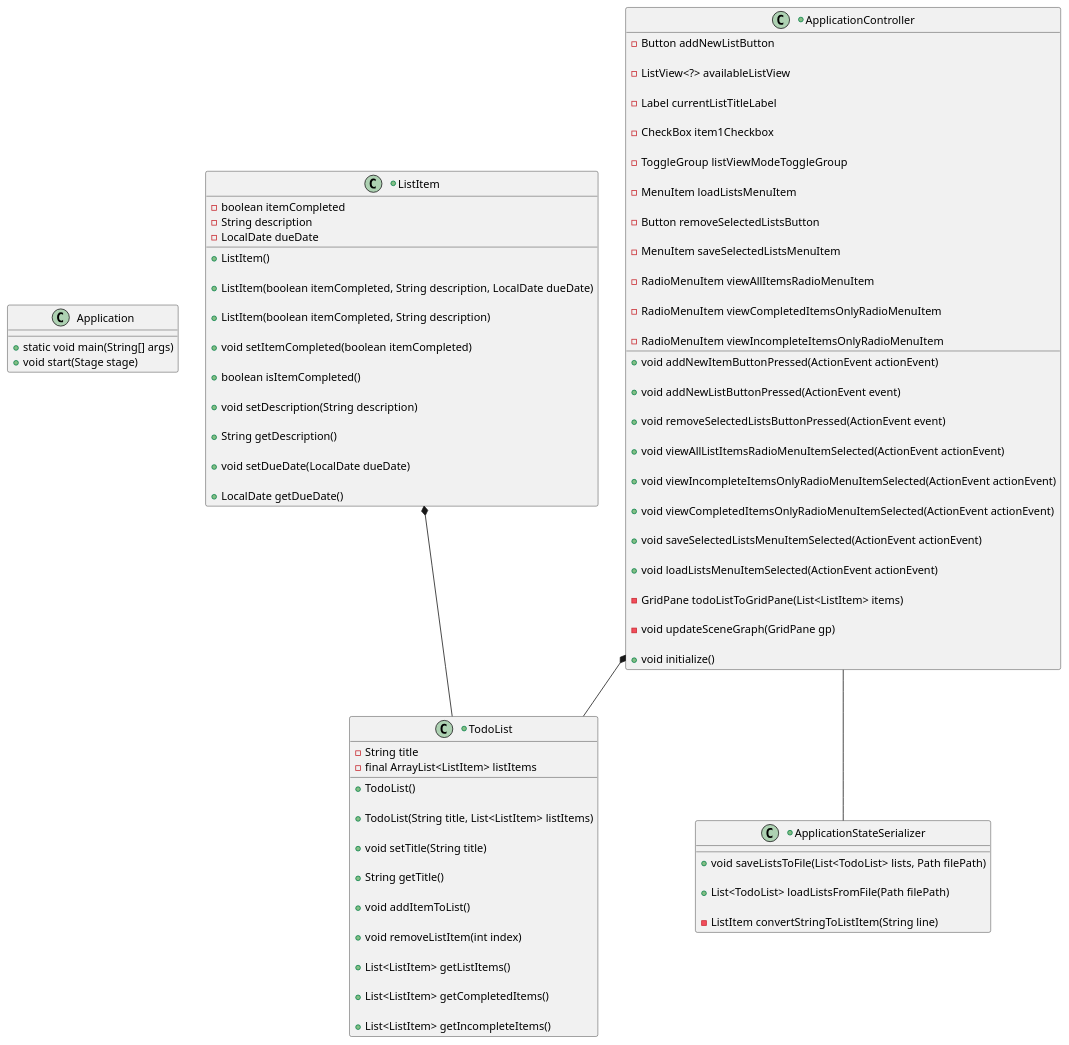
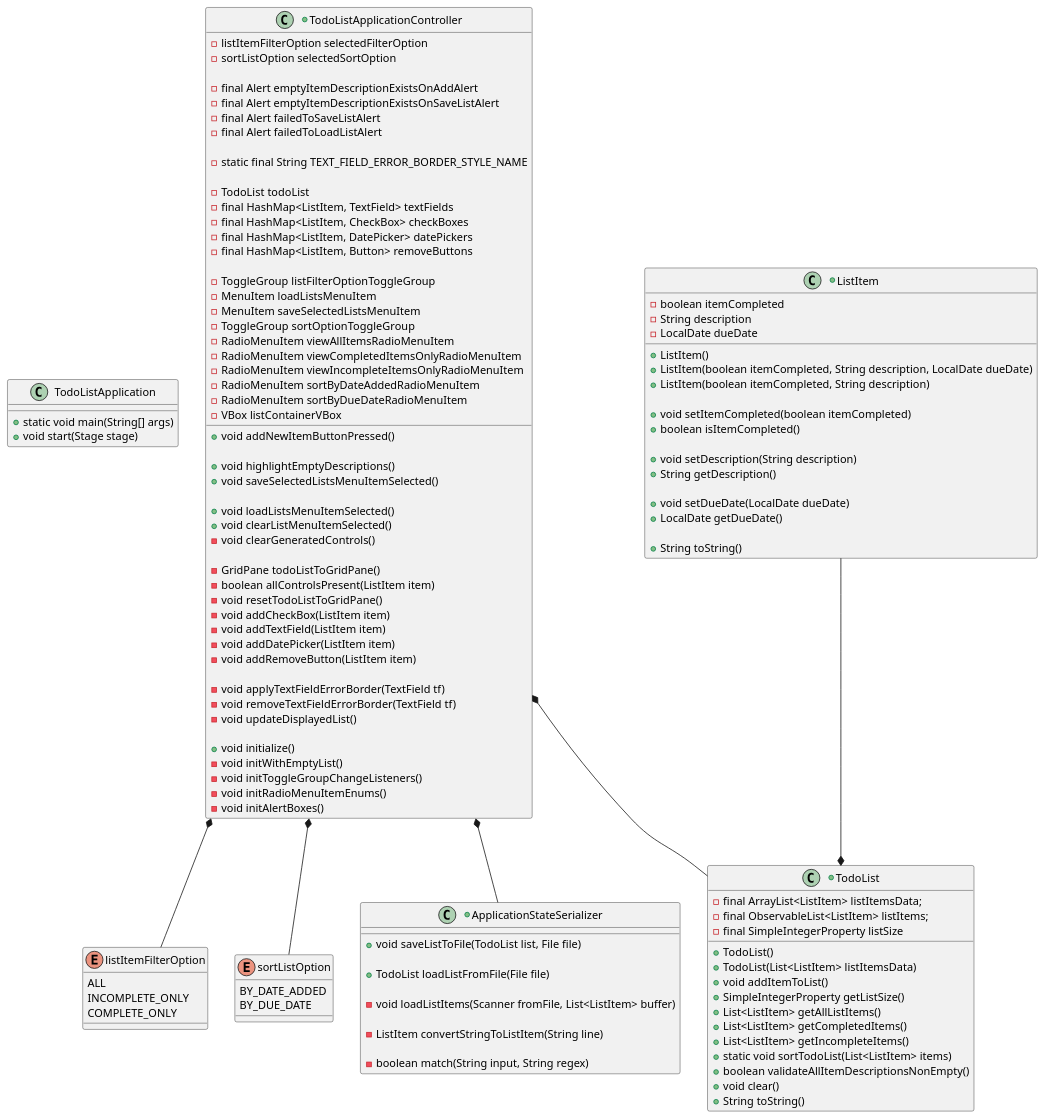
One commit to ethandrzb/thomas-app1-impl changed the diagram in GraphicalTodoList/docs/class_diagram.puml. Above: the diagram before and after it, drawn with PlantUML.

Commit message:
Updated class diagram

```diff
--- a/GraphicalTodoList/docs/class_diagram.puml
+++ b/GraphicalTodoList/docs/class_diagram.puml
@@ -1,120 +1,141 @@
 @startuml
 'https://plantuml.com/class-diagram
 
-class Application
+class TodoListApplication
 {
     +static void main(String[] args)
     +void start(Stage stage)
 }
 
-+class ApplicationController
++class TodoListApplicationController
 {
+    -listItemFilterOption selectedFilterOption
+    -sortListOption selectedSortOption
 
-    -Button addNewListButton
+    -final Alert emptyItemDescriptionExistsOnAddAlert
+    -final Alert emptyItemDescriptionExistsOnSaveListAlert
+    -final Alert failedToSaveListAlert
+    -final Alert failedToLoadListAlert
 
-    -ListView<?> availableListView
+    -static final String TEXT_FIELD_ERROR_BORDER_STYLE_NAME
 
-    -Label currentListTitleLabel
+    -TodoList todoList
+    -final HashMap<ListItem, TextField> textFields
+    -final HashMap<ListItem, CheckBox> checkBoxes
+    -final HashMap<ListItem, DatePicker> datePickers
+    -final HashMap<ListItem, Button> removeButtons
 
-    -CheckBox item1Checkbox
+    -ToggleGroup listFilterOptionToggleGroup
+    -MenuItem loadListsMenuItem
+    -MenuItem saveSelectedListsMenuItem
+    -ToggleGroup sortOptionToggleGroup
+    -RadioMenuItem viewAllItemsRadioMenuItem
+    -RadioMenuItem viewCompletedItemsOnlyRadioMenuItem
+    -RadioMenuItem viewIncompleteItemsOnlyRadioMenuItem
+    -RadioMenuItem sortByDateAddedRadioMenuItem
+    -RadioMenuItem sortByDueDateRadioMenuItem
+    -VBox listContainerVBox
 
-    -ToggleGroup listViewModeToggleGroup
+    +void addNewItemButtonPressed()
 
-    -MenuItem loadListsMenuItem
+    +void highlightEmptyDescriptions()
+    +void saveSelectedListsMenuItemSelected()
 
-    -Button removeSelectedListsButton
+    +void loadListsMenuItemSelected()
+    +void clearListMenuItemSelected()
+    -void clearGeneratedControls()
 
-    -MenuItem saveSelectedListsMenuItem
+    -GridPane todoListToGridPane()
+    -boolean allControlsPresent(ListItem item)
+    -void resetTodoListToGridPane()
+    -void addCheckBox(ListItem item)
+    -void addTextField(ListItem item)
+    -void addDatePicker(ListItem item)
+    -void addRemoveButton(ListItem item)
 
-    -RadioMenuItem viewAllItemsRadioMenuItem
-
-    -RadioMenuItem viewCompletedItemsOnlyRadioMenuItem
-
-    -RadioMenuItem viewIncompleteItemsOnlyRadioMenuItem
-
-    +void addNewItemButtonPressed(ActionEvent actionEvent)
-
-    +void addNewListButtonPressed(ActionEvent event)
-
-    +void removeSelectedListsButtonPressed(ActionEvent event)
-
-    +void viewAllListItemsRadioMenuItemSelected(ActionEvent actionEvent)
-
-    +void viewIncompleteItemsOnlyRadioMenuItemSelected(ActionEvent actionEvent)
-
-    +void viewCompletedItemsOnlyRadioMenuItemSelected(ActionEvent actionEvent)
-
-    +void saveSelectedListsMenuItemSelected(ActionEvent actionEvent)
-
-    +void loadListsMenuItemSelected(ActionEvent actionEvent)
-
-    -GridPane todoListToGridPane(List<ListItem> items)
-
-    -void updateSceneGraph(GridPane gp)
+    -void applyTextFieldErrorBorder(TextField tf)
+    -void removeTextFieldErrorBorder(TextField tf)
+    -void updateDisplayedList()
 
     +void initialize()
+    -void initWithEmptyList()
+    -void initToggleGroupChangeListeners()
+    -void initRadioMenuItemEnums()
+    -void initAlertBoxes()
+}
+
+enum listItemFilterOption
+{
+    ALL
+    INCOMPLETE_ONLY
+    COMPLETE_ONLY
+}
+
+enum sortListOption
+{
+    BY_DATE_ADDED
+    BY_DUE_DATE
 }
 
 +class ListItem
 {
     -boolean itemCompleted
     -String description
     -LocalDate dueDate
 
     +ListItem()
-
     +ListItem(boolean itemCompleted, String description, LocalDate dueDate)
-
     +ListItem(boolean itemCompleted, String description)
 
     +void setItemCompleted(boolean itemCompleted)
-
     +boolean isItemCompleted()
-
+    
     +void setDescription(String description)
-
     +String getDescription()
-
+    
     +void setDueDate(LocalDate dueDate)
-
     +LocalDate getDueDate()
+    
+    +String toString()
 }
 
 +class TodoList
 {
-    -String title
-    -final ArrayList<ListItem> listItems
-
+    -final ArrayList<ListItem> listItemsData;
+    -final ObservableList<ListItem> listItems;
+    -final SimpleIntegerProperty listSize
+    
     +TodoList()
-
-    +TodoList(String title, List<ListItem> listItems)
-
-    +void setTitle(String title)
-
-    +String getTitle()
-
+    +TodoList(List<ListItem> listItemsData)
     +void addItemToList()
-
-    +void removeListItem(int index)
-
-    +List<ListItem> getListItems()
-
+    +SimpleIntegerProperty getListSize()
+    +List<ListItem> getAllListItems()
     +List<ListItem> getCompletedItems()
-
     +List<ListItem> getIncompleteItems()
+    +static void sortTodoList(List<ListItem> items)
+    +boolean validateAllItemDescriptionsNonEmpty()
+    +void clear()
+    +String toString()
 }
 
 +class ApplicationStateSerializer
 {
-    +void saveListsToFile(List<TodoList> lists, Path filePath)
+    +void saveListToFile(TodoList list, File file)
 
-    +List<TodoList> loadListsFromFile(Path filePath)
+    +TodoList loadListFromFile(File file)
 
+    -void loadListItems(Scanner fromFile, List<ListItem> buffer)
+    
     -ListItem convertStringToListItem(String line)
+    
+    -boolean match(String input, String regex)
 }
 
-ApplicationController -- ApplicationStateSerializer
-ListItem *-- TodoList
-ApplicationController *-- TodoList
+TodoListApplicationController *-- ApplicationStateSerializer
+ListItem --* TodoList
+TodoListApplicationController *-- TodoList
+
+TodoListApplicationController *-- listItemFilterOption
+TodoListApplicationController *-- sortListOption
 
 @enduml
```
